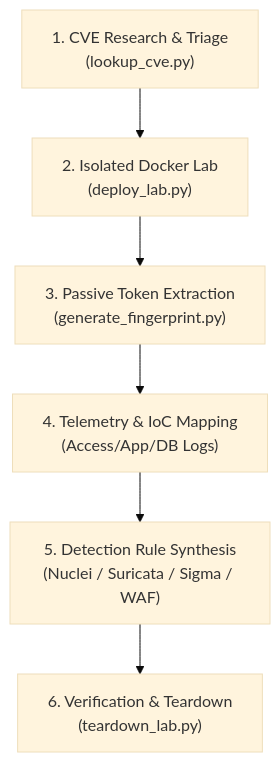
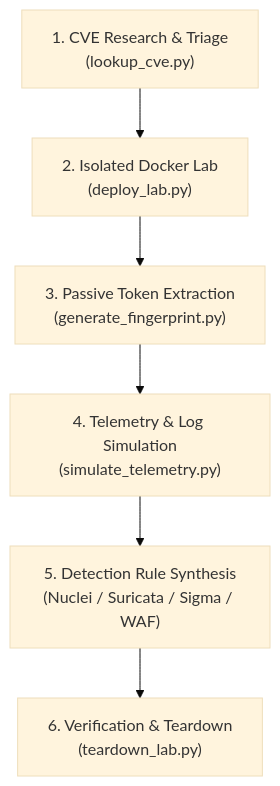
Before and after one commit to julwright/-skills: the diagram in cve-fingerprint-lab/SKILL.md, drawn with Mermaid (base theme). The commit also changed other lines of this file and 18 other files, not shown here.

Commit message:
Fix directory nesting and add simulate_telemetry.py

````diff
--- a/cve-fingerprint-lab/SKILL.md
+++ b/cve-fingerprint-lab/SKILL.md
@@ -38,8 +40,8 @@
 ```mermaid
 flowchart TD
     A["1. CVE Research & Triage<br>(lookup_cve.py)"] --> B["2. Isolated Docker Lab<br>(deploy_lab.py)"]
     B --> C["3. Passive Token Extraction<br>(generate_fingerprint.py)"]
-    C --> D["4. Telemetry & IoC Mapping<br>(Access/App/DB Logs)"]
+    C --> D["4. Telemetry & Log Simulation<br>(simulate_telemetry.py)"]
     D --> E["5. Detection Rule Synthesis<br>(Nuclei / Suricata / Sigma / WAF)"]
     E --> F["6. Verification & Teardown<br>(teardown_lab.py)"]
 ```
````
